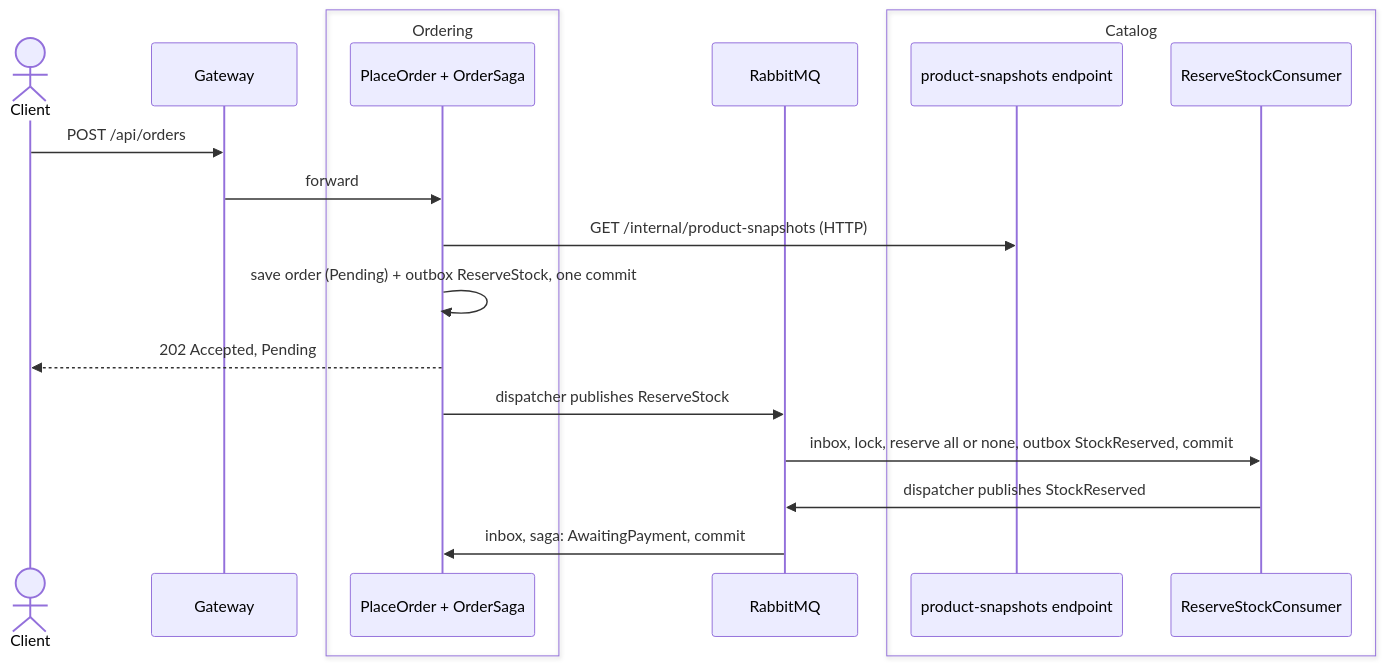
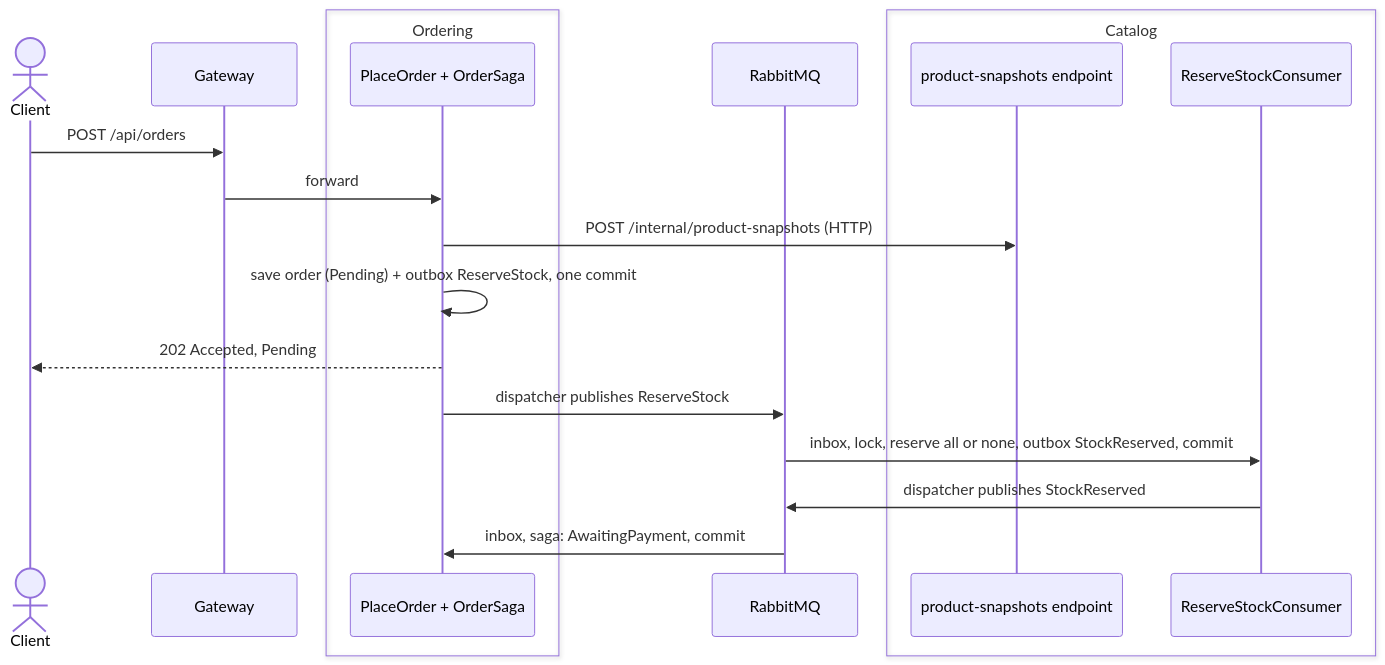
One commit to Anakku-Shell/architecture-playground changed the second of 2 diagrams in 05-microservices/README.md. Above: the diagram before and after it, drawn with Mermaid. The commit also changed other lines of this file and 24 other files, not shown here.

````diff
--- a/05-microservices/README.md
+++ b/05-microservices/README.md
@@ -50,22 +50,22 @@
 ```mermaid
 sequenceDiagram
     actor C as Client
     participant G as Gateway
     box Ordering
         participant O as PlaceOrder + OrderSaga
     end
     participant MQ as RabbitMQ
     box Catalog
         participant CE as product-snapshots endpoint
         participant K as ReserveStockConsumer
     end
     C->>G: POST /api/orders
     G->>O: forward
-    O->>CE: GET /internal/product-snapshots (HTTP)
+    O->>CE: POST /internal/product-snapshots (HTTP)
     O->>O: save order (Pending) + outbox ReserveStock, one commit
     O-->>C: 202 Accepted, Pending
     O->>MQ: dispatcher publishes ReserveStock
     MQ->>K: inbox, lock, reserve all or none, outbox StockReserved, commit
     K->>MQ: dispatcher publishes StockReserved
     MQ->>O: inbox, saga: AwaitingPayment, commit
 ```
````
